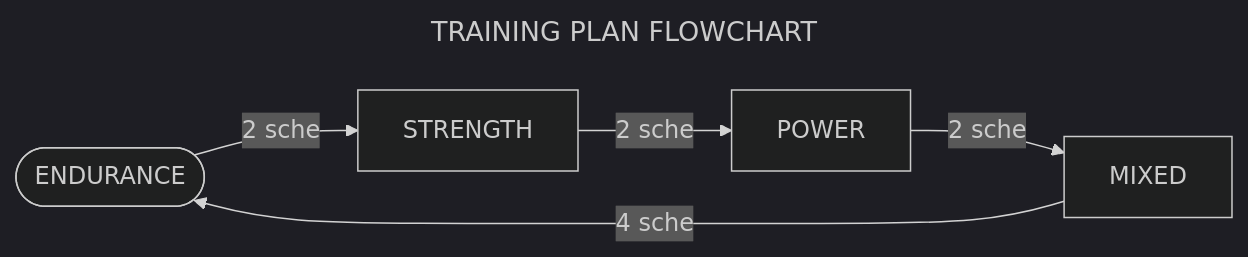
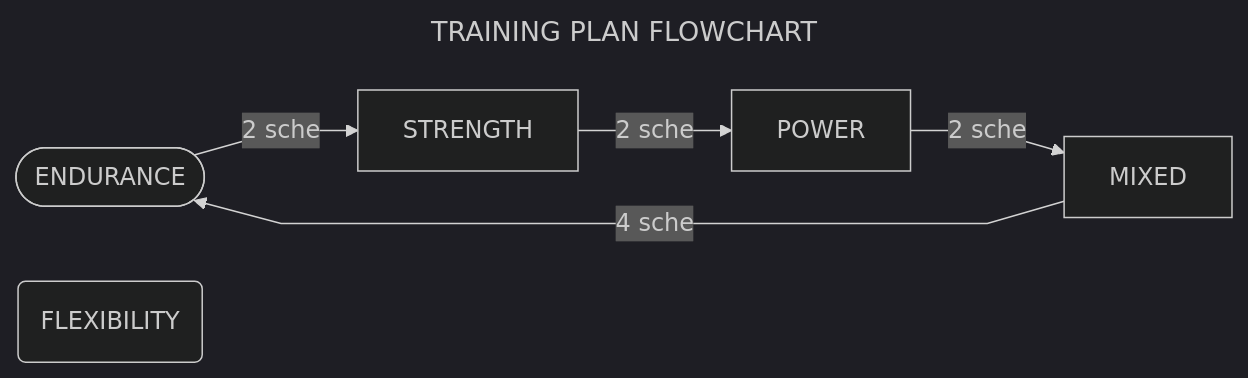
One commit to andre-cat/md-training changed the diagram in dir/training.md. Above: the diagram before and after it, drawn with Mermaid (dark theme). The commit also changed other lines of this file and 20 other files, not shown here.

````diff
--- a/dir/training.md
+++ b/dir/training.md
@@ -9,31 +9,28 @@
 ```mermaid
 ---
 title: TRAINING PLAN FLOWCHART
 ---
 
 %%{
     init: {
         "fontFamily": "lucida console",
-        "logLevel": "fatal",
         "flowchart": {
             "htmlLabels": true,
             "curve": "linear"
-        },
-        "sequence": {
-            "mirrorActors": false
-        },
+        }
     }
 }%%
 
 flowchart LR
     A([ENDURANCE])
     B[STRENGTH]
     C[POWER]
     D[MIXED]
+    E(FLEXIBILITY)
 
     A --2 sche--> B
     B --2 sche--> C
     C --2 sche--> D
     D --4 sche--> A
 
 ```
````
